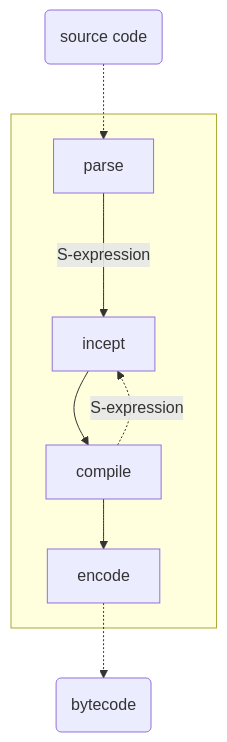
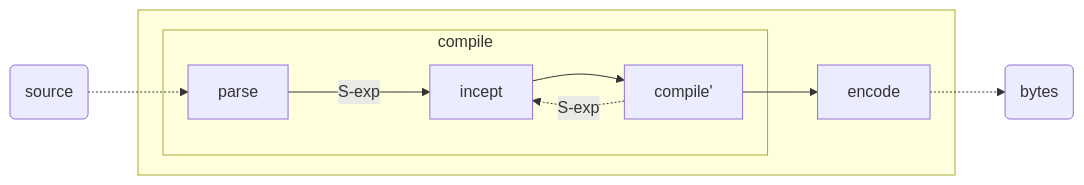
The diagram in slides/papers/stak-scheme/eval.mmd (raviqqe/doc), drawn with Mermaid before and after one commit. The commit also changed 1 other file, not shown here.

```diff
--- a/slides/papers/stak-scheme/eval.mmd
+++ b/slides/papers/stak-scheme/eval.mmd
@@ -1,12 +1,14 @@
-flowchart
-  d0(source code) -.-> c1
+flowchart LR
+  d0(source) -.-> c1
 
   subgraph s0[ ]
-    c1[parse] --->|S-expression| c2[incept]:::red --> c3[compile]:::blue
+    subgraph s1[compile]
+      c1[parse] --->|S-exp| c2[incept]:::red --> c3[compile']:::blue
 
-    c3 -.->|S-expression| c2
+      c3 -.->|S-exp| c2
+    end
 
     c3 --> c4[encode]
   end
 
-  c4 -.-> d1(bytecode)
+  c4 -.-> d1(bytes)
```
